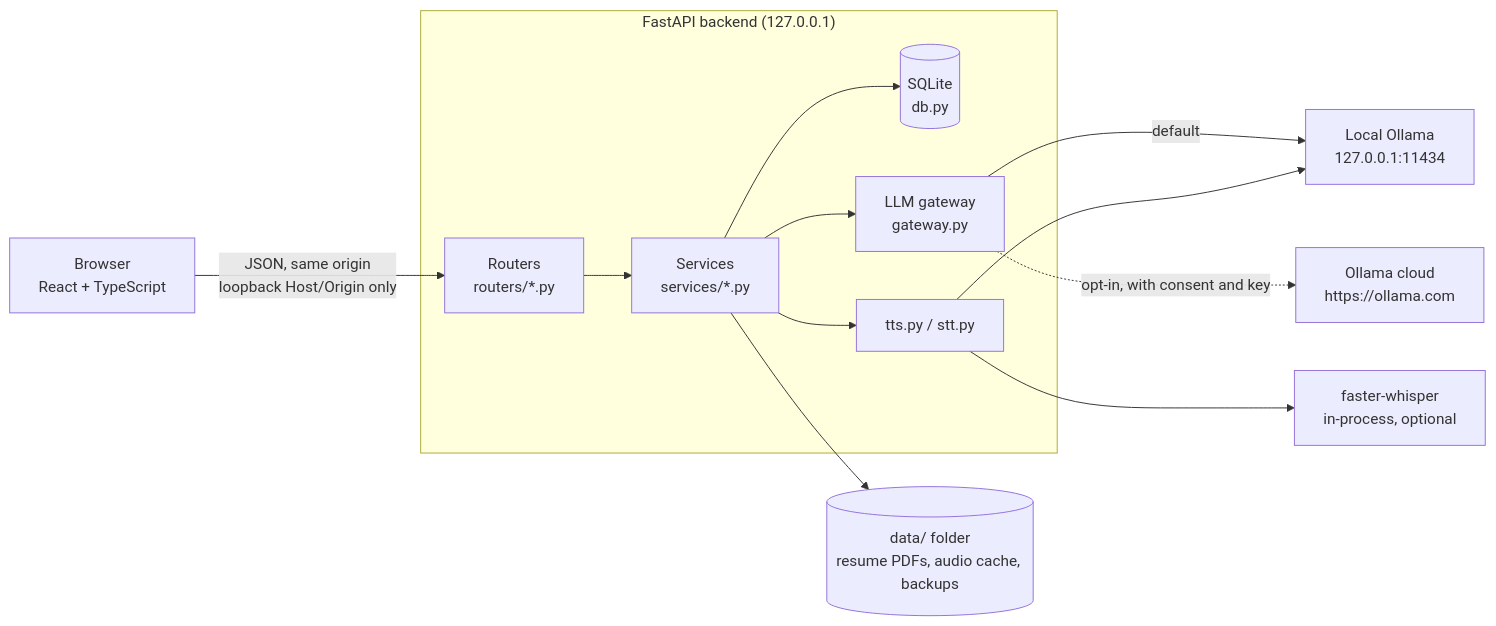
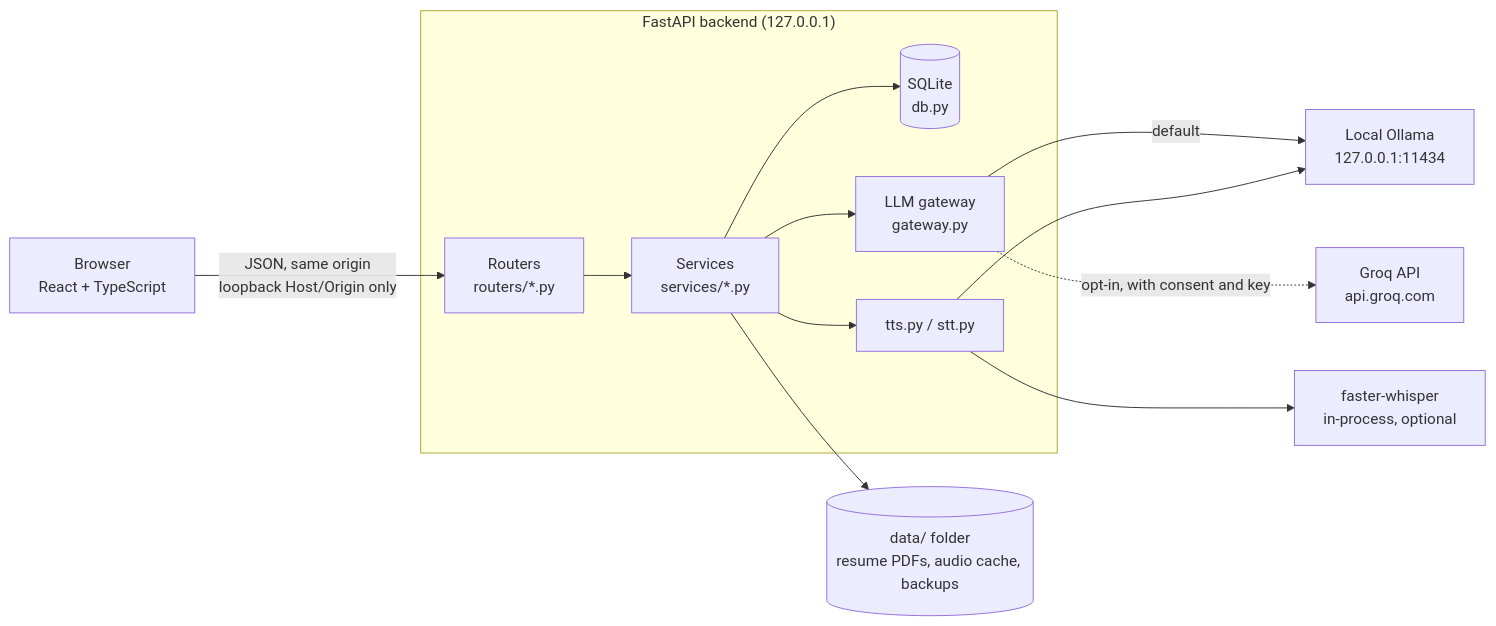
Before and after one commit to ItsShivam05/local-ai-interviewer: the diagram in docs/architecture.md, drawn with Mermaid. The commit also changed other lines of this file and 59 other files, not shown here.

First line of the commit message:
Cloud mode: replace Ollama cloud with the Groq API (bring your own key)

````diff
--- a/docs/architecture.md
+++ b/docs/architecture.md
@@ -11,15 +11,15 @@
 ```mermaid
 flowchart LR
     Browser["Browser<br/>React + TypeScript"] -->|"JSON, same origin<br/>loopback Host/Origin only"| API
     subgraph Backend["FastAPI backend (127.0.0.1)"]
         API["Routers<br/>routers/*.py"] --> Services["Services<br/>services/*.py"]
         Services --> DB[("SQLite<br/>db.py")]
         Services --> Gateway["LLM gateway<br/>gateway.py"]
         Services --> Speech["tts.py / stt.py"]
     end
     Gateway -->|"default"| Ollama["Local Ollama<br/>127.0.0.1:11434"]
-    Gateway -.->|"opt-in, with consent and key"| Cloud["Ollama cloud<br/>https://ollama.com"]
+    Gateway -.->|"opt-in, with consent and key"| Cloud["Groq API<br/>api.groq.com"]
     Speech --> Ollama
     Speech --> Whisper["faster-whisper<br/>in-process, optional"]
     Services --> Files[("data/ folder<br/>resume PDFs, audio cache, backups")]
 ```
````
